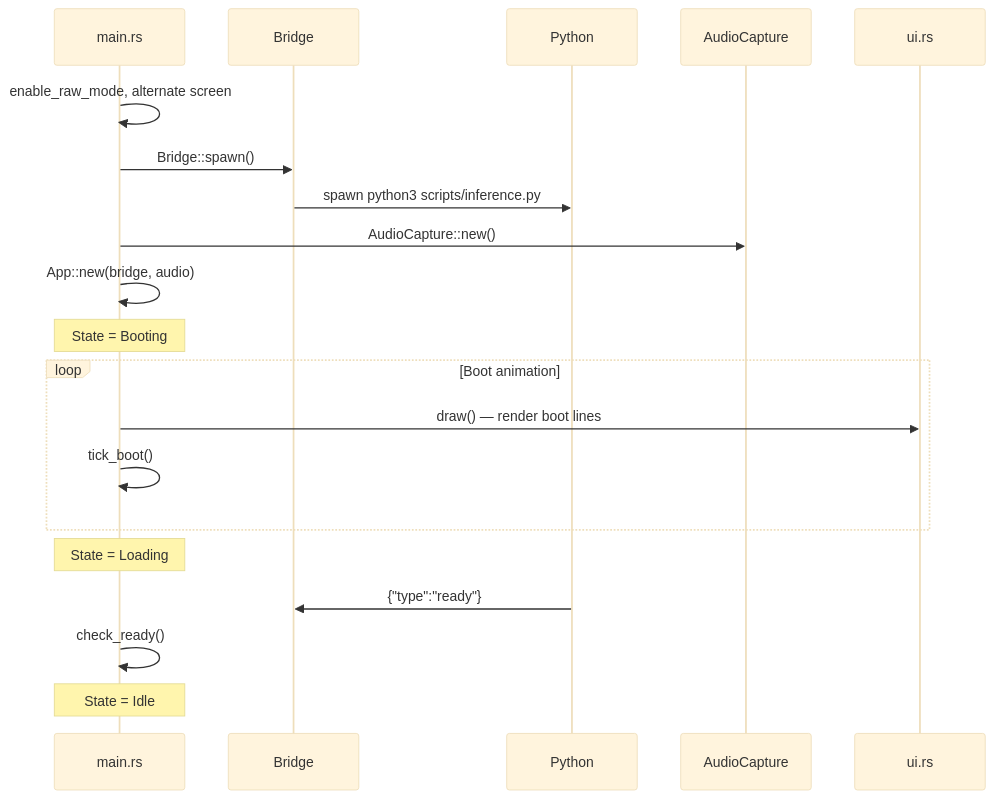
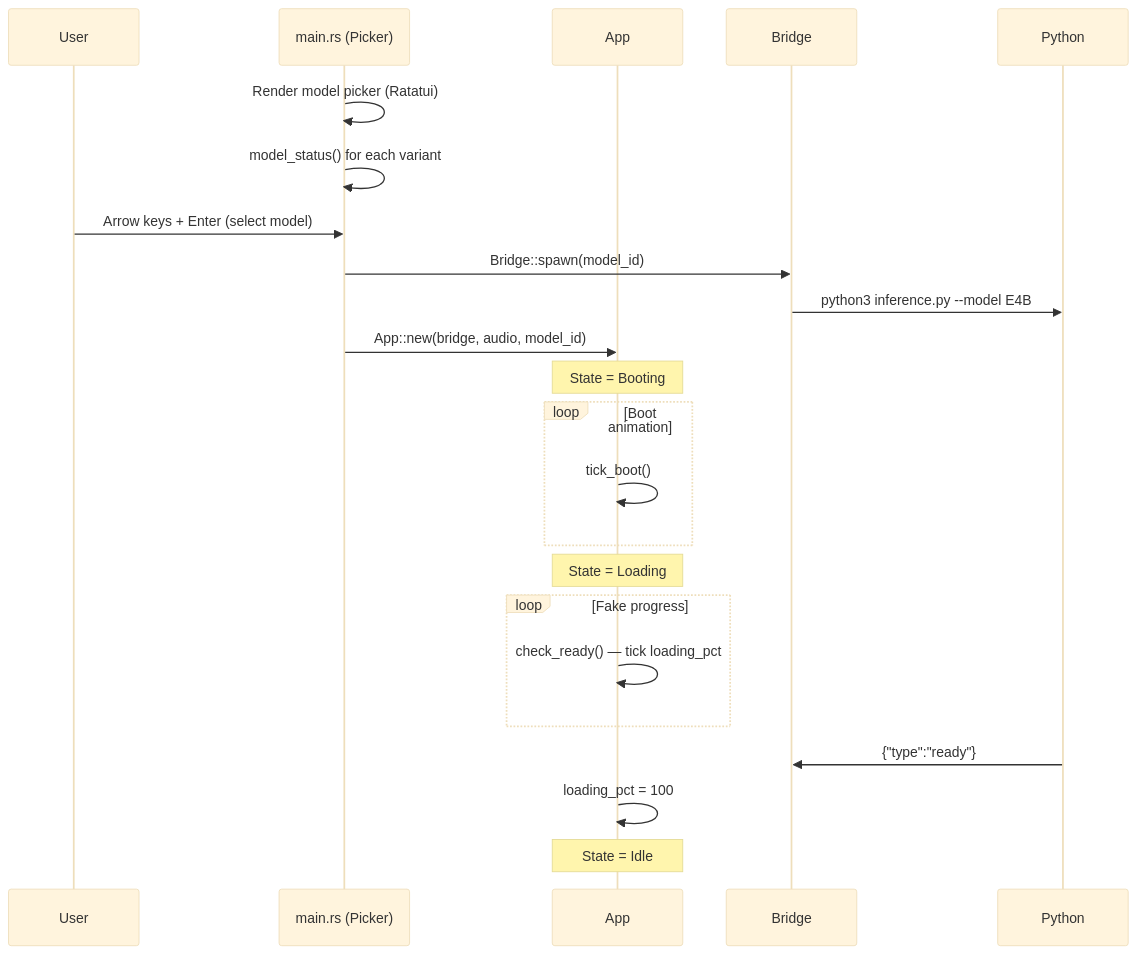
Before and after one commit to zixma13/terminator: the first of 5 diagrams in .agents/summary/workflows.md, drawn with Mermaid (base theme). The commit also changed other lines of this file and 9 other files, not shown here.

````diff
--- a/.agents/summary/workflows.md
+++ b/.agents/summary/workflows.md
@@ -5,23 +5,26 @@
 ```mermaid
 sequenceDiagram
-    participant M as main.rs
+    participant U as User
+    participant M as main.rs (Picker)
+    participant App as App
     participant B as Bridge
     participant P as Python
-    participant A as AudioCapture
-    participant UI as ui.rs
 
-    M->>M: enable_raw_mode, alternate screen
-    M->>B: Bridge::spawn()
-    B->>P: spawn python3 scripts/inference.py
-    M->>A: AudioCapture::new()
-    M->>M: App::new(bridge, audio)
-    Note over M: State = Booting
+    M->>M: Render model picker (Ratatui)
+    M->>M: model_status() for each variant
+    U->>M: Arrow keys + Enter (select model)
+    M->>B: Bridge::spawn(model_id)
+    B->>P: python3 inference.py --model E4B
+    M->>App: App::new(bridge, audio, model_id)
+    Note over App: State = Booting
     loop Boot animation
-        M->>UI: draw() — render boot lines
-        M->>M: tick_boot()
+        App->>App: tick_boot()
     end
-    Note over M: State = Loading
+    Note over App: State = Loading
+    loop Fake progress
+        App->>App: check_ready() — tick loading_pct
+    end
     P->>B: {"type":"ready"}
-    M->>M: check_ready()
-    Note over M: State = Idle
+    App->>App: loading_pct = 100
+    Note over App: State = Idle
 ```
````
